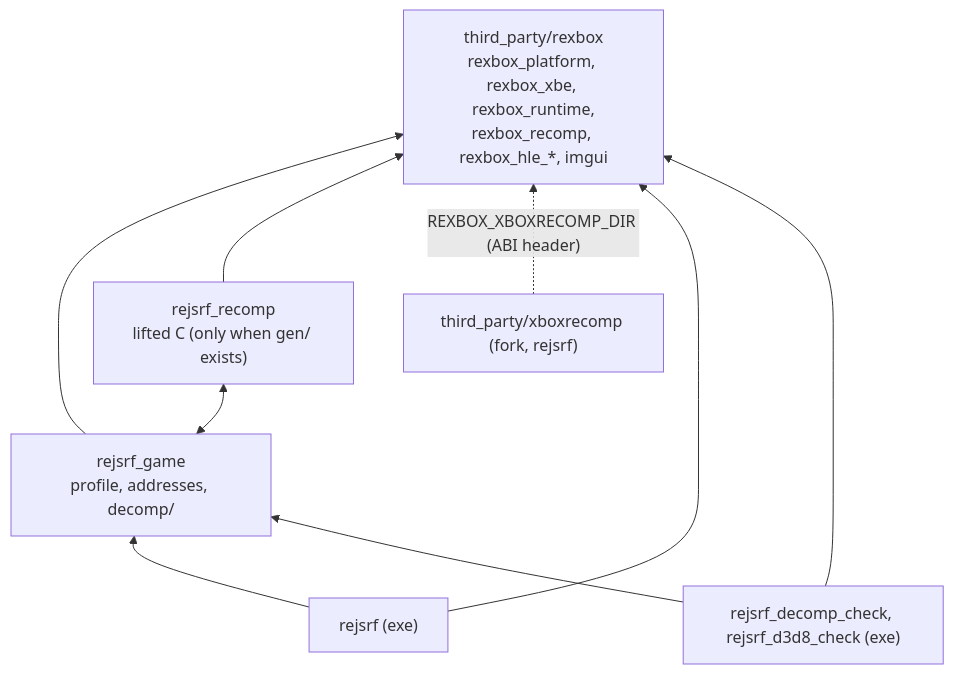
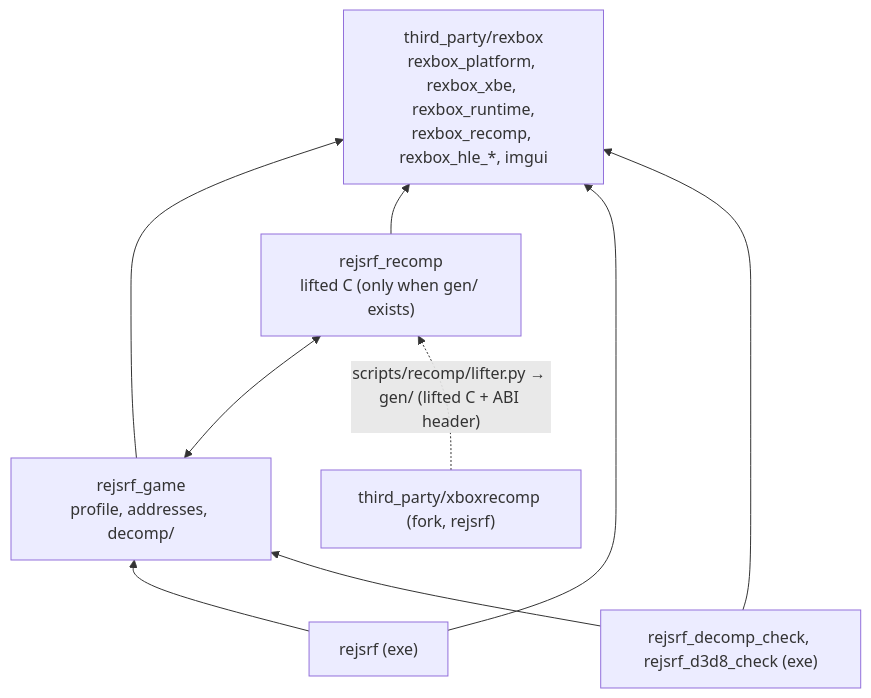
Before and after one commit to nworkers/reJSRF: the first of 3 diagrams in ARCHITECTURE.md, drawn with Mermaid. The commit also changed other lines of this file and 14 other files, not shown here.

Commit message:
v0.0.51: the xboxrecomp pipeline moves into this project, through rexbox v0.0.12 (#117)

````diff
--- a/ARCHITECTURE.md
+++ b/ARCHITECTURE.md
@@ -7,18 +7,18 @@
 ```mermaid
 flowchart BT
     RB["third_party/rexbox<br/>rexbox_platform, rexbox_xbe, rexbox_runtime,<br/>rexbox_recomp, rexbox_hle_*, imgui"]
     GAME["rejsrf_game<br/>profile, addresses, decomp/"]
     GEN["rejsrf_recomp<br/>lifted C (only when gen/ exists)"]
     APP["rejsrf (exe)"]
     TOOLS["rejsrf_decomp_check, rejsrf_d3d8_check (exe)"]
     XR["third_party/xboxrecomp (fork, rejsrf)"]
 
     GAME --> RB
     GAME <--> GEN
     GEN --> RB
-    XR -. "REXBOX_XBOXRECOMP_DIR (ABI header)" .-> RB
+    XR -. "scripts/recomp/lifter.py → gen/ (lifted C + ABI header)" .-> GEN
     APP --> GAME
     APP --> RB
     TOOLS --> GAME
     TOOLS --> RB
 ```
````
